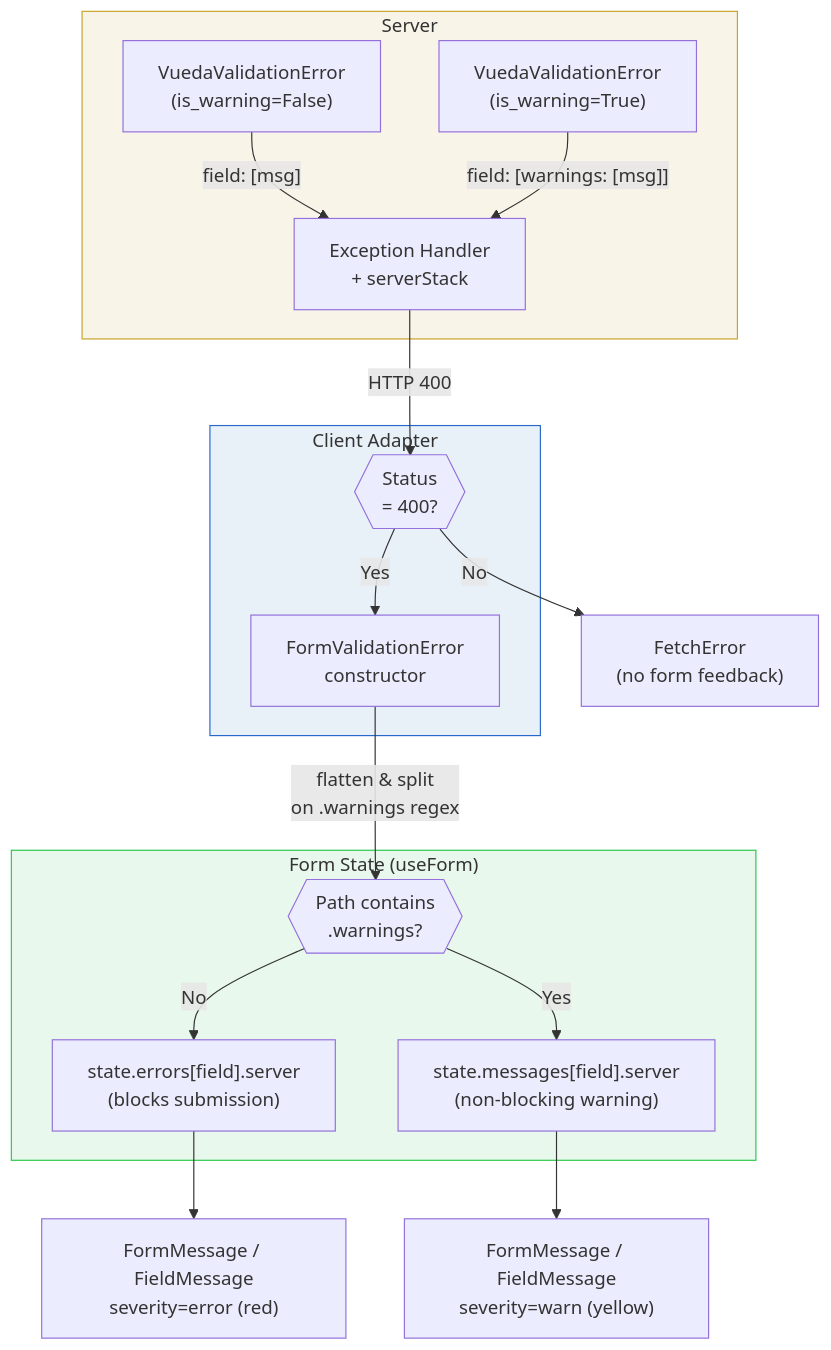
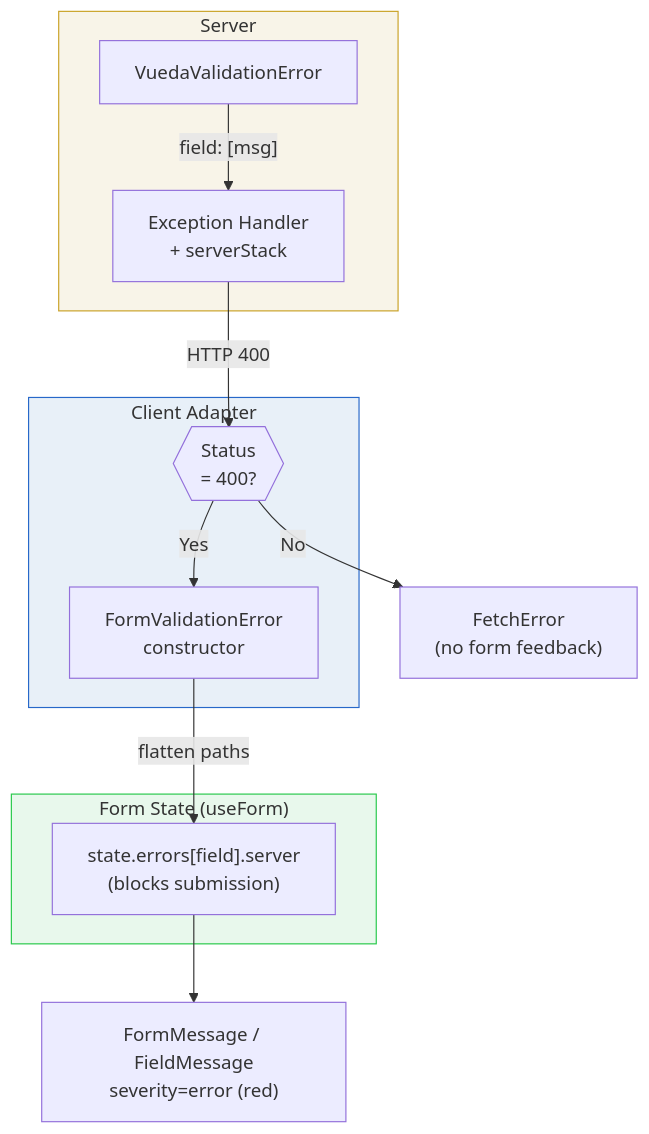
One commit to arrai-innovations/vueda changed the diagram in docs/core-concepts/error-and-validation-contract.md. Above: the diagram before and after it, drawn with Mermaid. The commit also changed other lines of this file and 2 other files, not shown here.

Commit message:
docs: clean up docus on FormValidationError warning path

````diff
--- a/docs/core-concepts/error-and-validation-contract.md
+++ b/docs/core-concepts/error-and-validation-contract.md
@@ -14,38 +14,30 @@
 ```mermaid
 flowchart TD
     subgraph Server
-        VVE["VuedaValidationError<br/>(is_warning=False)"]
-        VVW["VuedaValidationError<br/>(is_warning=True)"]
+        VVE["VuedaValidationError"]
         EH["Exception Handler<br/>+ serverStack"]
     end
 
     VVE -- "field: [msg]" --> EH
-    VVW -- "field: [warnings: [msg]]" --> EH
     EH -- "HTTP 400" --> GATE
 
     subgraph Client["Client Adapter"]
         GATE{{"Status<br/>= 400?"}}
         FVE["FormValidationError<br/>constructor"]
     end
 
     GATE -- "Yes" --> FVE
     GATE -- "No" --> FE["FetchError<br/>(no form feedback)"]
 
-    FVE -- "flatten & split<br/>on .warnings regex" --> SPLIT
+    FVE -- "flatten paths" --> ERR
 
     subgraph FormState["Form State (useForm)"]
-        SPLIT{{"Path contains<br/>.warnings?"}}
         ERR["state.errors[field].server<br/>(blocks submission)"]
-        MSG["state.messages[field].server<br/>(non-blocking warning)"]
     end
 
-    SPLIT -- "No" --> ERR
-    SPLIT -- "Yes" --> MSG
-
     ERR --> RENDER_E["FormMessage / FieldMessage<br/>severity=error (red)"]
-    MSG --> RENDER_W["FormMessage / FieldMessage<br/>severity=warn (yellow)"]
 
     style Server fill:#f8f4e8,stroke:#c9a227
     style Client fill:#e8f0f8,stroke:#2768c9
     style FormState fill:#e8f8ec,stroke:#27c94a
 ```
````
